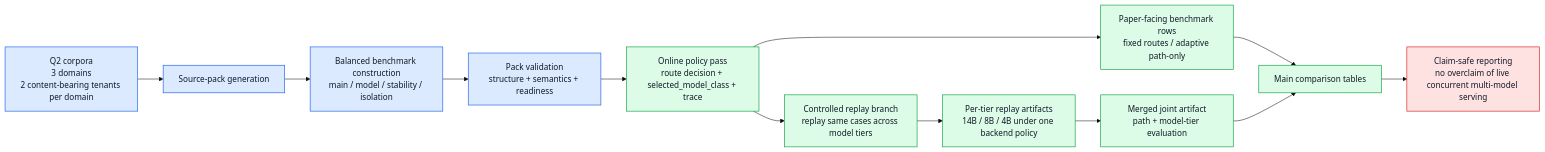
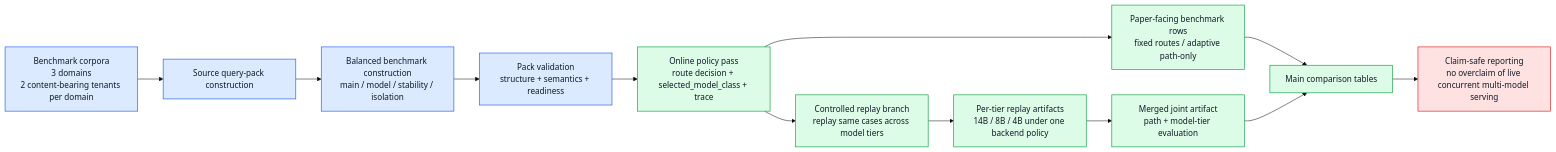
Before and after one commit to Linhlss/adaptive-enterprise-llm-orchestration: the third of 5 diagrams in source code/NCKH_adaptive_inference/docs/02_active_guides/FRAMEWORK_DIAGRAMS.md, drawn with Mermaid (base theme). The commit also changed other lines of this file and 57 other files, not shown here.

````diff
--- a/source code/NCKH_adaptive_inference/docs/02_active_guides/FRAMEWORK_DIAGRAMS.md
+++ b/source code/NCKH_adaptive_inference/docs/02_active_guides/FRAMEWORK_DIAGRAMS.md
@@ -117,25 +117,25 @@
 ```mermaid
 flowchart LR
-    A["Q2 corpora<br/>3 domains<br/>2 content-bearing tenants per domain"] --> B["Source-pack generation"]
+    A["Benchmark corpora<br/>3 domains<br/>2 content-bearing tenants per domain"] --> B["Source query-pack construction"]
     B --> C["Balanced benchmark construction<br/>main / model / stability / isolation"]
     C --> D["Pack validation<br/>structure + semantics + readiness"]
 
     D --> E["Online policy pass<br/>route decision + selected_model_class + trace"]
     E --> F["Paper-facing benchmark rows<br/>fixed routes / adaptive path-only"]
     E --> G["Controlled replay branch<br/>replay same cases across model tiers"]
 
     G --> H["Per-tier replay artifacts<br/>14B / 8B / 4B under one backend policy"]
     H --> I["Merged joint artifact<br/>path + model-tier evaluation"]
 
     F --> J["Main comparison tables"]
     I --> J
     J --> K["Claim-safe reporting<br/>no overclaim of live concurrent multi-model serving"]
 
     classDef data fill:#dbeafe,stroke:#2563eb,stroke-width:1.3px,color:#111827;
     classDef eval fill:#dcfce7,stroke:#16a34a,stroke-width:1.3px,color:#111827;
     classDef caution fill:#fee2e2,stroke:#dc2626,stroke-width:1.3px,color:#111827;
 
     class A,B,C,D data;
     class E,F,G,H,I,J eval;
     class K caution;
 ```
````
